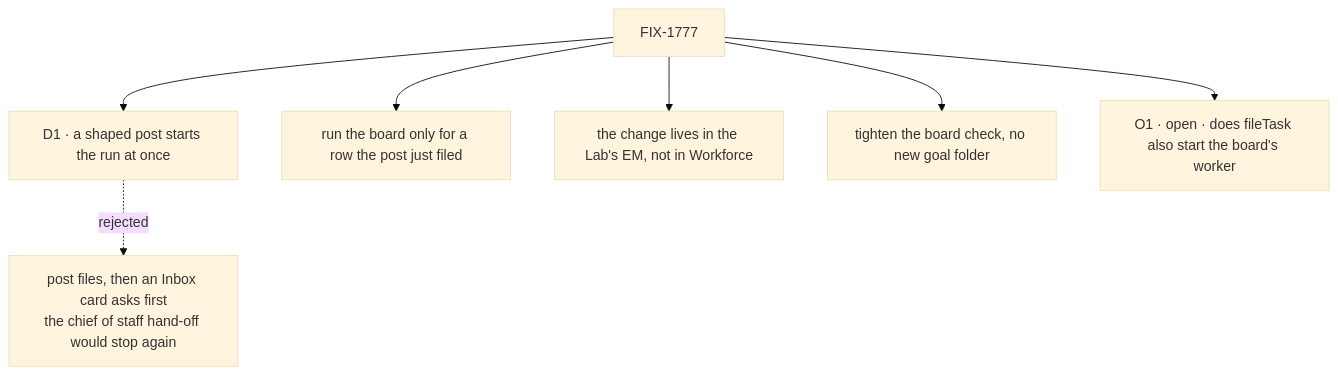
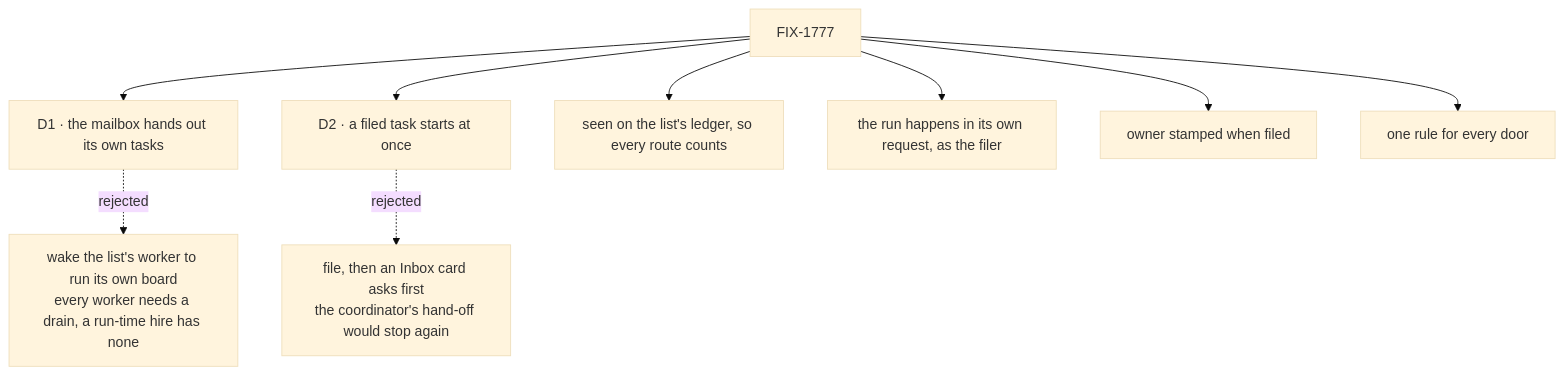
Before and after one commit to fixpoint-labs/flow-state-dev: the diagram in specs/issues/FIX-1777/DECISIONS.md, drawn with Mermaid (base theme). The commit also changed other lines of this file and 7 other files, not shown here.

First line of the commit message:
spec(FIX-1777): re-draft for the general case: any task added to a mailbox's list starts its worker

````diff
--- a/specs/issues/FIX-1777/DECISIONS.md
+++ b/specs/issues/FIX-1777/DECISIONS.md
@@ -10,9 +10,11 @@
 ```mermaid
 flowchart TD
-  I["FIX-1777"] --> D1["D1 · a shaped post starts the run at once"]
-  D1 -.->|"rejected"| X1["post files, then an Inbox card asks first<br/>the chief of staff hand-off would stop again"]
-  I --> E1["run the board only for a row the post just filed"]
-  I --> E2["the change lives in the Lab's EM, not in Workforce"]
-  I --> E3["tighten the board check, no new goal folder"]
-  I --> O1["O1 · open · does fileTask also start the board's worker"]
+  I["FIX-1777"] --> D1["D1 · the mailbox hands out its own tasks"]
+  D1 -.->|"rejected"| X1["wake the list's worker to run its own board<br/>every worker needs a drain, a run-time hire has none"]
+  I --> D2["D2 · a filed task starts at once"]
+  D2 -.->|"rejected"| X2["file, then an Inbox card asks first<br/>the coordinator's hand-off would stop again"]
+  I --> E1["seen on the list's ledger, so every route counts"]
+  I --> E2["the run happens in its own request, as the filer"]
+  I --> E3["owner stamped when filed"]
+  I --> E4["one rule for every door"]
 ```
````
